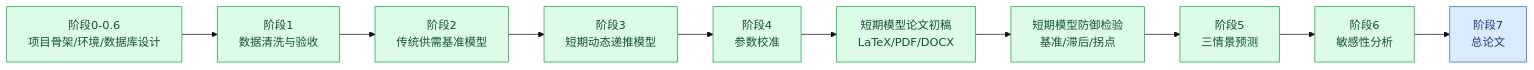
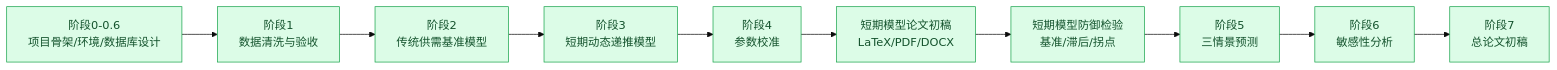
One commit to Timcai06/-A- changed the diagram in STATUS.md. Above: the diagram before and after it, drawn with Mermaid (base theme). The commit also changed other lines of this file and 9 other files, not shown here.

````diff
--- a/STATUS.md
+++ b/STATUS.md
@@ -9,26 +9,26 @@
 ```mermaid
 flowchart LR
     S0["阶段0-0.6<br/>项目骨架/环境/数据库设计"] --> S1["阶段1<br/>数据清洗与验收"]
     S1 --> S2["阶段2<br/>传统供需基准模型"]
     S2 --> S3["阶段3<br/>短期动态递推模型"]
     S3 --> S4["阶段4<br/>参数校准"]
     S4 --> P0["短期模型论文初稿<br/>LaTeX/PDF/DOCX"]
     P0 --> D0["短期模型防御检验<br/>基准/滞后/拐点"]
     D0 --> S5["阶段5<br/>三情景预测"]
     S5 --> S6["阶段6<br/>敏感性分析"]
-    S6 --> S7["阶段7<br/>总论文"]
+    S6 --> S7["阶段7<br/>总论文初稿"]
 
     S0:::done
     S1:::done
     S2:::done
     S3:::done
     S4:::done
     P0:::done
     D0:::done
     S5:::done
     S6:::done
-    S7:::next
+    S7:::done
 
     classDef done fill:#dcfce7,stroke:#16a34a,color:#14532d
     classDef next fill:#dbeafe,stroke:#2563eb,color:#1e3a8a
 ```
````
